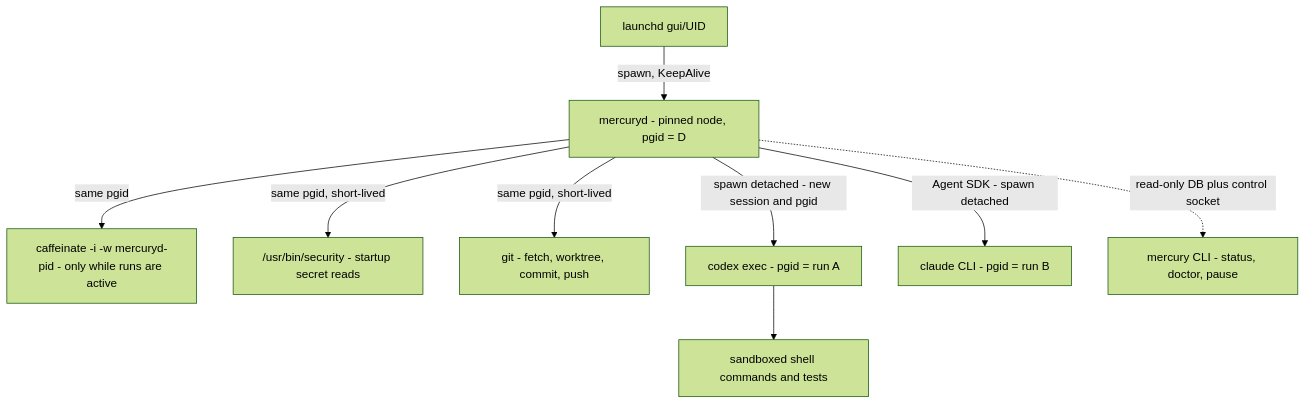
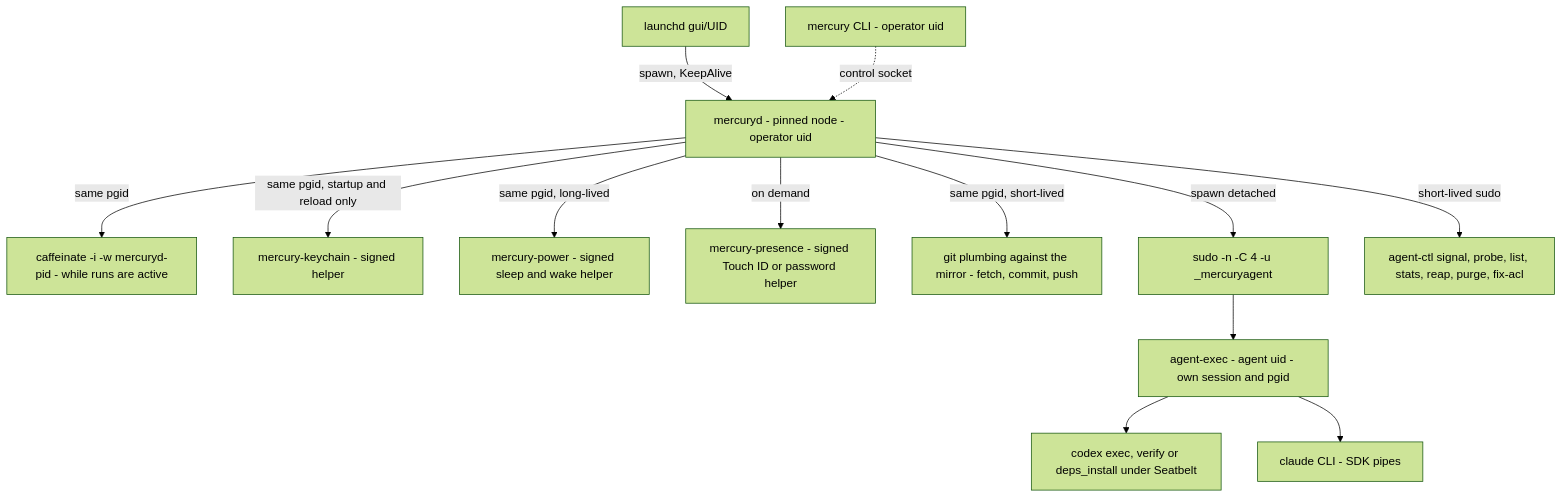
The diagram in docs/mercury/operations/macos-service.md (usjbro/Project-Mercury), drawn with Mermaid (forest theme) before and after one commit. The commit also changed other lines of this file and 28 other files, not shown here.

First line of the commit message:
docs(mercury): phase 4 threat model revision (agent E)

````diff
--- a/docs/mercury/operations/macos-service.md
+++ b/docs/mercury/operations/macos-service.md
@@ -63,11 +186,15 @@
 ```mermaid
 flowchart TD
-    LD["launchd gui/UID"] -->|"spawn, KeepAlive"| D["mercuryd - pinned node, pgid = D"]
-    D -->|"same pgid"| CAF["caffeinate -i -w mercuryd-pid - only while runs are active"]
-    D -->|"same pgid, short-lived"| SEC["/usr/bin/security - startup secret reads"]
-    D -->|"same pgid, short-lived"| GIT["git - fetch, worktree, commit, push"]
-    D -->|"spawn detached - new session and pgid"| CX["codex exec - pgid = run A"]
-    CX --> CXC["sandboxed shell commands and tests"]
-    D -->|"Agent SDK - spawn detached"| CL["claude CLI - pgid = run B"]
-    D -.->|"read-only DB plus control socket"| CLI["mercury CLI - status, doctor, pause"]
+    LD["launchd gui/UID"] -->|"spawn, KeepAlive"| D["mercuryd - pinned node - operator uid"]
+    D -->|"same pgid"| CAF["caffeinate -i -w mercuryd-pid - while runs are active"]
+    D -->|"same pgid, startup and reload only"| KC["mercury-keychain - signed helper"]
+    D -->|"same pgid, long-lived"| PW["mercury-power - signed sleep and wake helper"]
+    D -->|"on demand"| PR["mercury-presence - signed Touch ID or password helper"]
+    D -->|"same pgid, short-lived"| GIT["git plumbing against the mirror - fetch, commit, push"]
+    D -->|"spawn detached"| SU["sudo -n -C 4 -u _mercuryagent"]
+    SU --> AE["agent-exec - agent uid - own session and pgid"]
+    AE --> CX["codex exec, verify or deps_install under Seatbelt"]
+    AE --> CL["claude CLI - SDK pipes"]
+    D -->|"short-lived sudo"| AC["agent-ctl signal, probe, list, stats, reap, purge, fix-acl"]
+    CLI["mercury CLI - operator uid"] -.->|"control socket"| D
 ```
````
